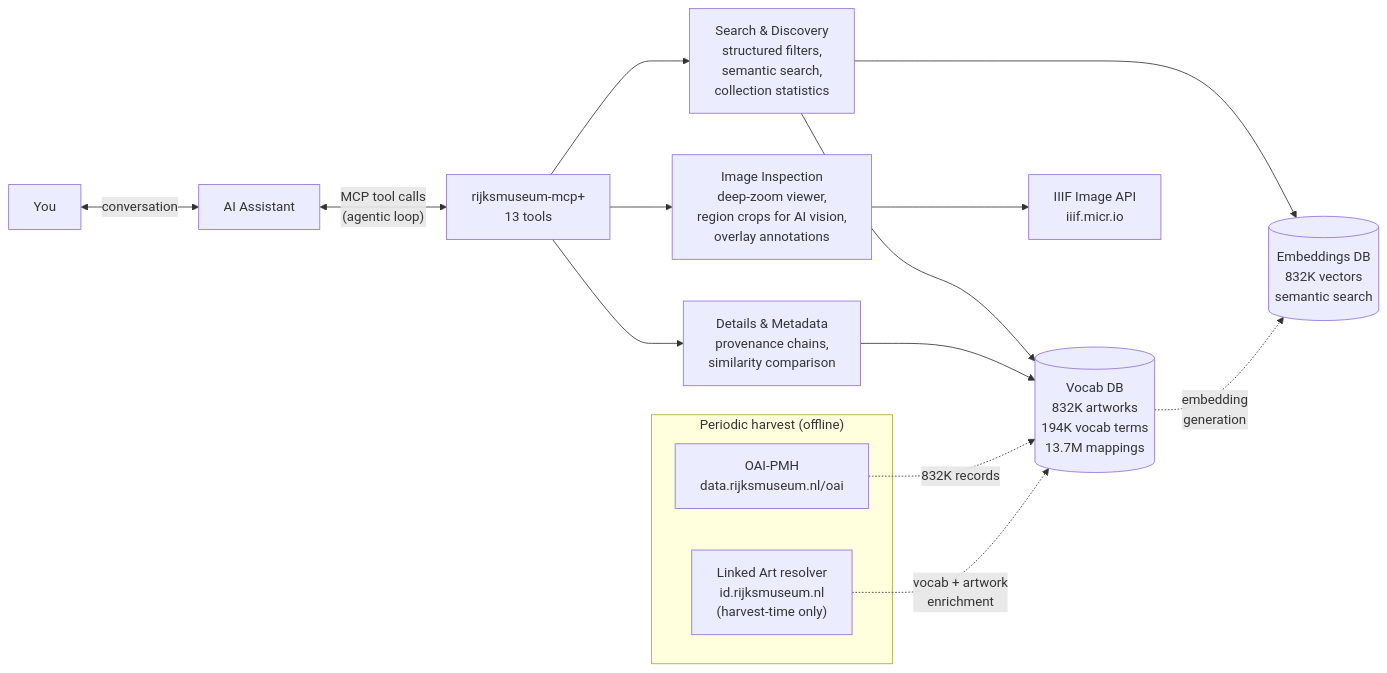
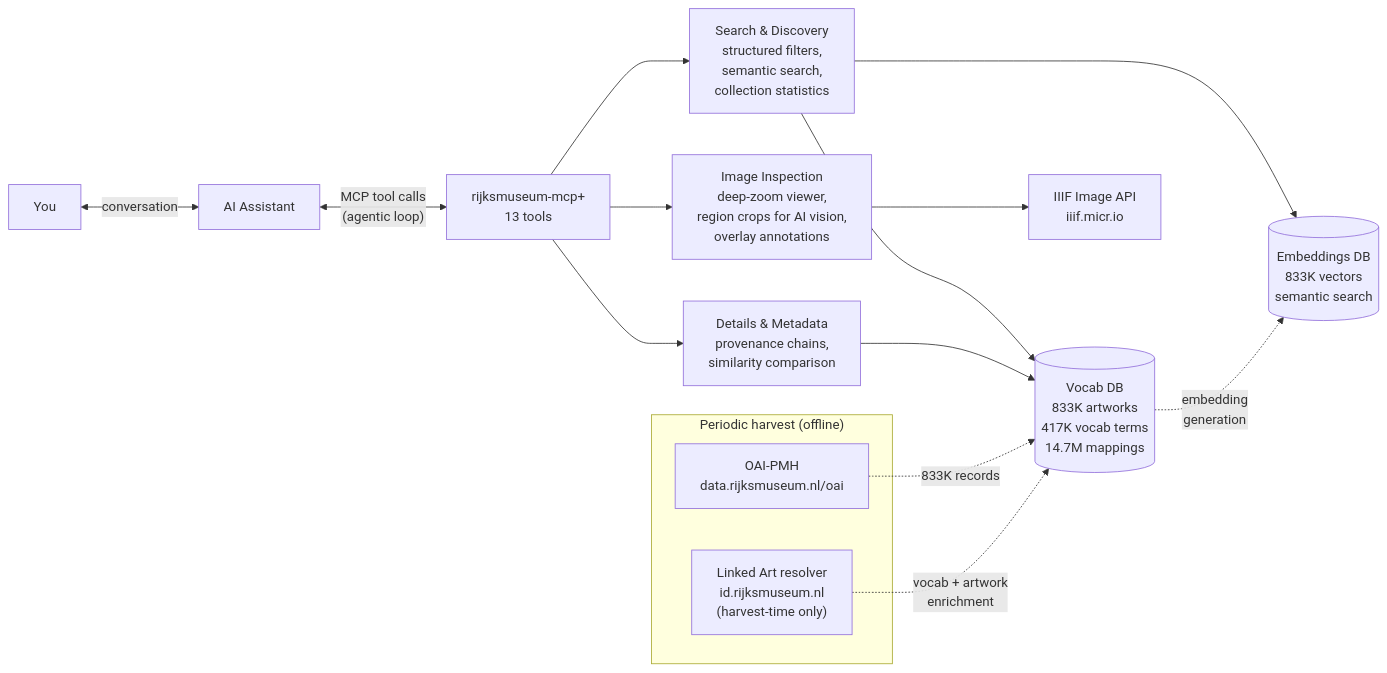
One commit to kintopp/rijksmuseum-mcp-plus changed the diagram in README.md. Above: the diagram before and after it, drawn with Mermaid. The commit also changed other lines of this file and 13 other files, not shown here.

````diff
--- a/README.md
+++ b/README.md
@@ -101,46 +101,46 @@
 ```mermaid
 flowchart LR
     User["You"] <-->|conversation| AI["AI Assistant"]
 
     AI <-->|"MCP tool calls
     (agentic loop)"| Server["rijksmuseum-mcp+
     13 tools"]
 
     Server --> Search["Search & Discovery
     structured filters,
     semantic search,
     collection statistics"]
 
     Server --> Details["Details & Metadata
     provenance chains,
     similarity comparison"]
 
     Server --> Images["Image Inspection
     deep-zoom viewer,
     region crops for AI vision,
     overlay annotations"]
 
     Search --> VocabDB[("Vocab DB
-    832K artworks
-    194K vocab terms
-    13.7M mappings")]
+    833K artworks
+    417K vocab terms
+    14.7M mappings")]
     Search --> EmbeddingsDB[("Embeddings DB
-    832K vectors
+    833K vectors
     semantic search")]
     Details --> VocabDB
     Images --> IIIF["IIIF Image API
     iiif.micr.io"]
 
     subgraph Harvest ["Periodic harvest (offline)"]
         OAI["OAI-PMH
         data.rijksmuseum.nl/oai"]
         LA["Linked Art resolver
         id.rijksmuseum.nl
         (harvest-time only)"]
     end
-    OAI -.->|"832K records"| VocabDB
+    OAI -.->|"833K records"| VocabDB
     LA -.->|"vocab + artwork
     enrichment"| VocabDB
     VocabDB -.->|"embedding
     generation"| EmbeddingsDB
 ```
````
